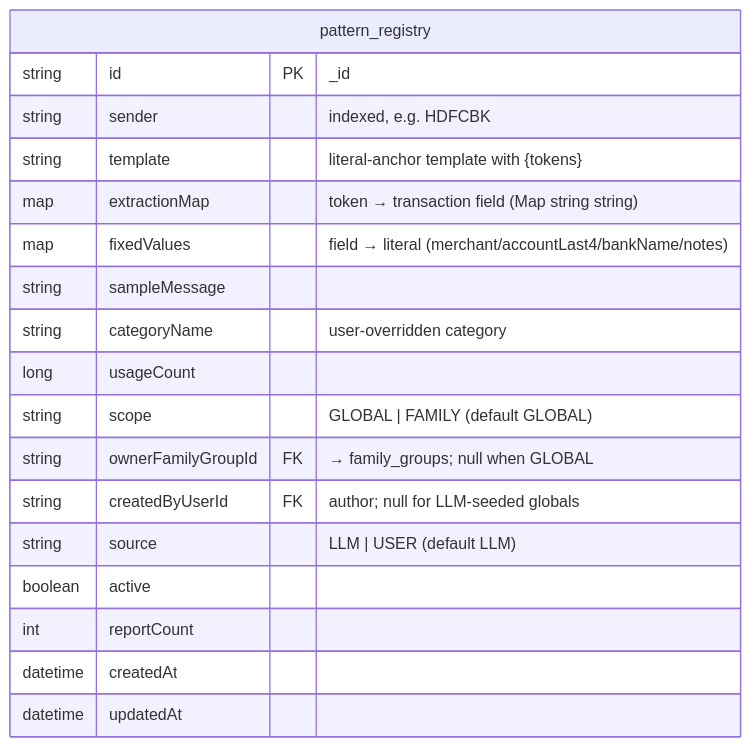
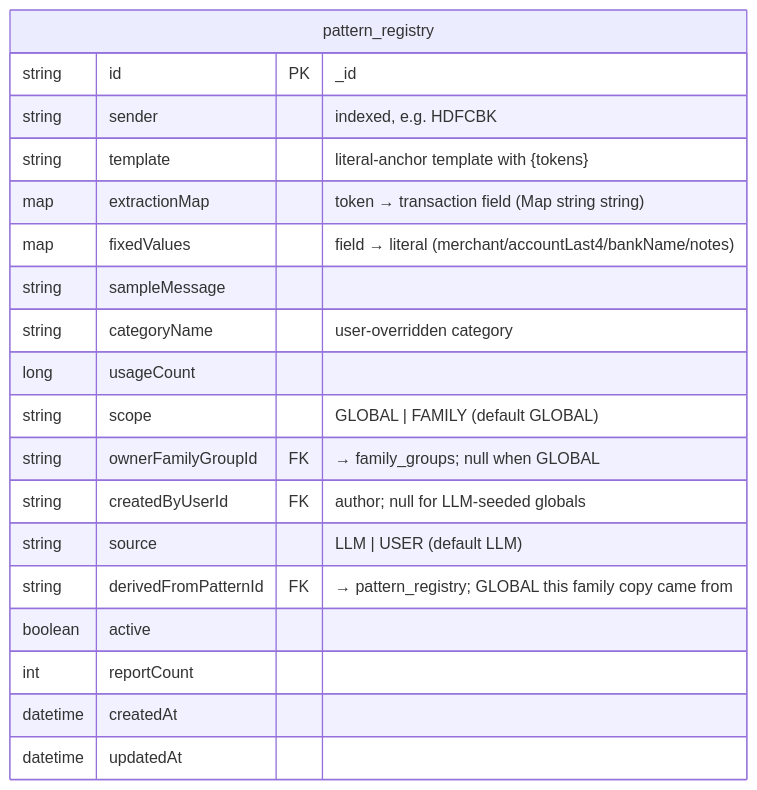
One commit to jayy2kok/budgetly changed the eighth of 11 diagrams in ERD.md. Above: the diagram before and after it, drawn with Mermaid. The commit also changed other lines of this file and 4 other files, not shown here.

````diff
--- a/ERD.md
+++ b/ERD.md
@@ -167,21 +170,22 @@
 ```mermaid
 erDiagram
     pattern_registry {
         string id PK "_id"
         string sender "indexed, e.g. HDFCBK"
         string template "literal-anchor template with {tokens}"
         map extractionMap "token → transaction field (Map string string)"
         map fixedValues "field → literal (merchant/accountLast4/bankName/notes)"
         string sampleMessage
         string categoryName "user-overridden category"
         long usageCount
         string scope "GLOBAL | FAMILY (default GLOBAL)"
         string ownerFamilyGroupId FK "→ family_groups; null when GLOBAL"
         string createdByUserId FK "author; null for LLM-seeded globals"
         string source "LLM | USER (default LLM)"
+        string derivedFromPatternId FK "→ pattern_registry; GLOBAL this family copy came from"
         boolean active
         int reportCount
         datetime createdAt
         datetime updatedAt
     }
 ```
````
